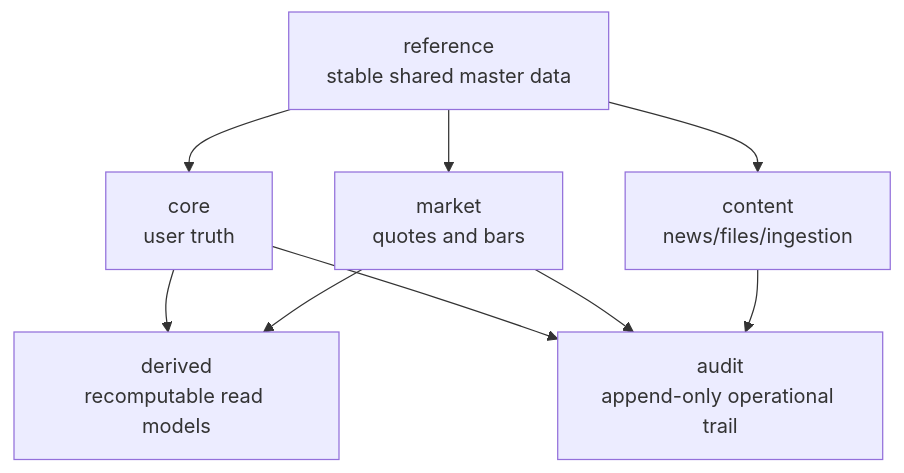
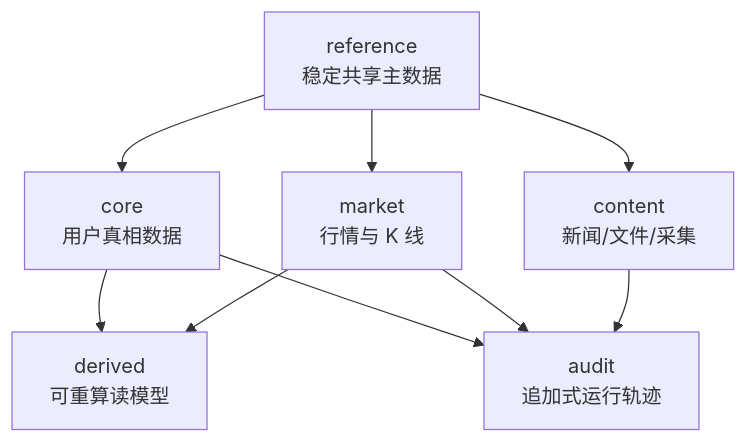
The third of 3 diagrams in docs/superpowers/specs/2026-04-06-platform-foundation-design.md (jovi20/tradingnoobs), drawn with Mermaid before and after one commit. The commit also changed other lines of this file, not shown here.

````diff
--- a/docs/superpowers/specs/2026-04-06-platform-foundation-design.md
+++ b/docs/superpowers/specs/2026-04-06-platform-foundation-design.md
@@ -127,18 +127,18 @@
 ```mermaid
 flowchart TB
-    CORE[core<br/>user truth]
-    REF[reference<br/>stable shared master data]
-    MARKET[market<br/>quotes and bars]
-    DERIVED[derived<br/>recomputable read models]
-    AUDIT[audit<br/>append-only operational trail]
-    CONTENT[content<br/>news/files/ingestion]
+    CORE[core<br/>用户真相数据]
+    REF[reference<br/>稳定共享主数据]
+    MARKET[market<br/>行情与 K 线]
+    DERIVED[derived<br/>可重算读模型]
+    AUDIT[audit<br/>追加式运行轨迹]
+    CONTENT[content<br/>新闻/文件/采集]
 
     REF --> CORE
     REF --> MARKET
     REF --> CONTENT
     CORE --> DERIVED
     MARKET --> DERIVED
     CORE --> AUDIT
     MARKET --> AUDIT
     CONTENT --> AUDIT
 ```
````
